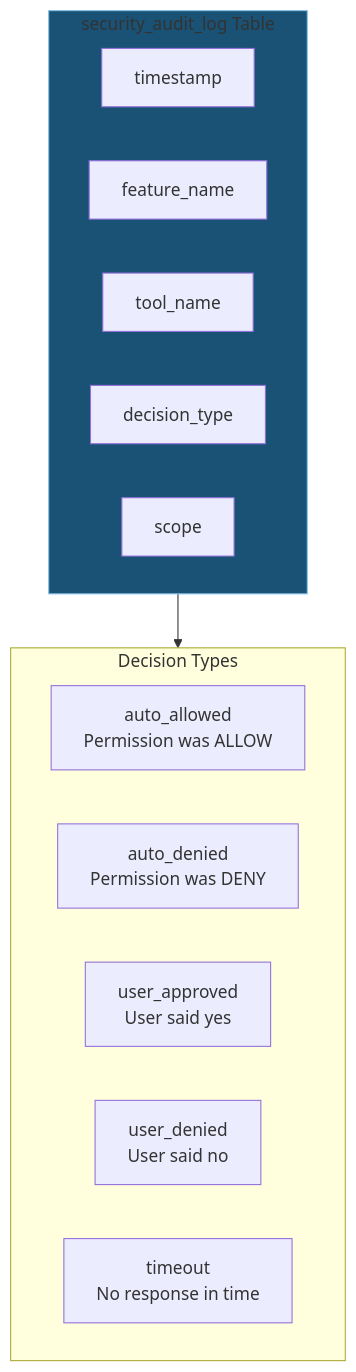
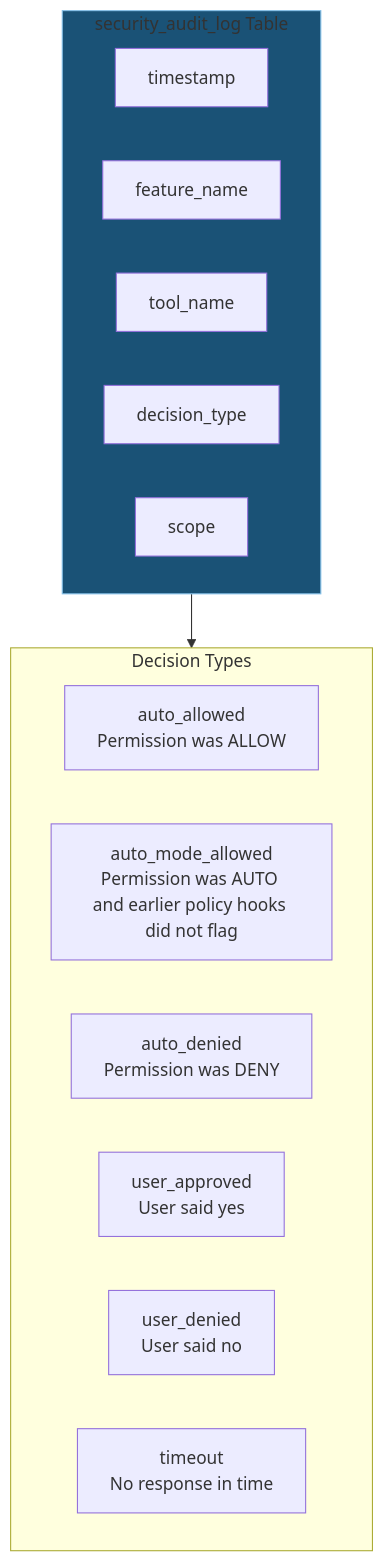
One commit to KestrelSovereignAI/kestrel-sovereign changed diagram 16 of 16 in docs/diagrams/08-security-integrity.md. Above: the diagram before and after it, drawn with Mermaid. The commit also changed 12 other files, not shown here.

Commit message:
Add global security auto mode

````diff
--- a/docs/diagrams/08-security-integrity.md
+++ b/docs/diagrams/08-security-integrity.md
@@ -428,22 +428,23 @@
 ```mermaid
 graph TD
     subgraph log["security_audit_log Table"]
         TS["timestamp"]
         FEATURE["feature_name"]
         TOOL["tool_name"]
         DECISION["decision_type"]
         SCOPE["scope"]
     end
 
     subgraph decisions["Decision Types"]
         D1["auto_allowed<br/>Permission was ALLOW"]
+        D1A["auto_mode_allowed<br/>Permission was AUTO and earlier policy hooks did not flag"]
         D2["auto_denied<br/>Permission was DENY"]
         D3["user_approved<br/>User said yes"]
         D4["user_denied<br/>User said no"]
         D5["timeout<br/>No response in time"]
     end
 
     log --> decisions
 
     style log fill:#1a5276,stroke:#85c1e9
 ```
````
